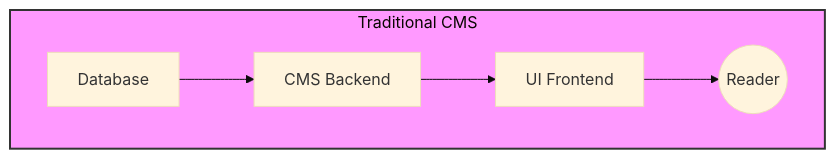
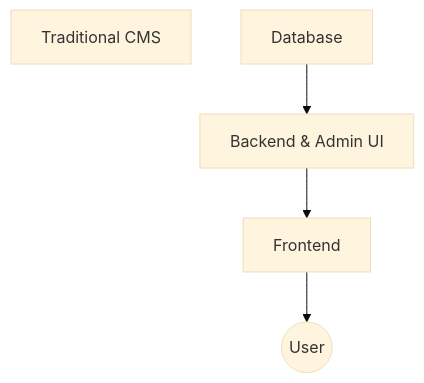
One commit to this-oliver/headless-cms changed the first of 2 diagrams in README.md. Above: the diagram before and after it, drawn with Mermaid (base theme). The commit also changed other lines of this file, not shown here.

````diff
--- a/README.md
+++ b/README.md
@@ -90,10 +65,5 @@
 ```mermaid
 flowchart TD
-    subgraph TC["Traditional CMS"]
-        style TC fill:#f9f,stroke:#333,stroke-width:2px
-        DB[Database]
-        CMS[CMS Backend]
-        UI[UI Frontend]
-        DB --> CMS --> UI --> Reader1((Reader))
-    end
+    TC[Traditional CMS]
+    DB[Database] --> CMS[Backend & Admin UI] --> UI[Frontend] --> User((User))
 ```
````
